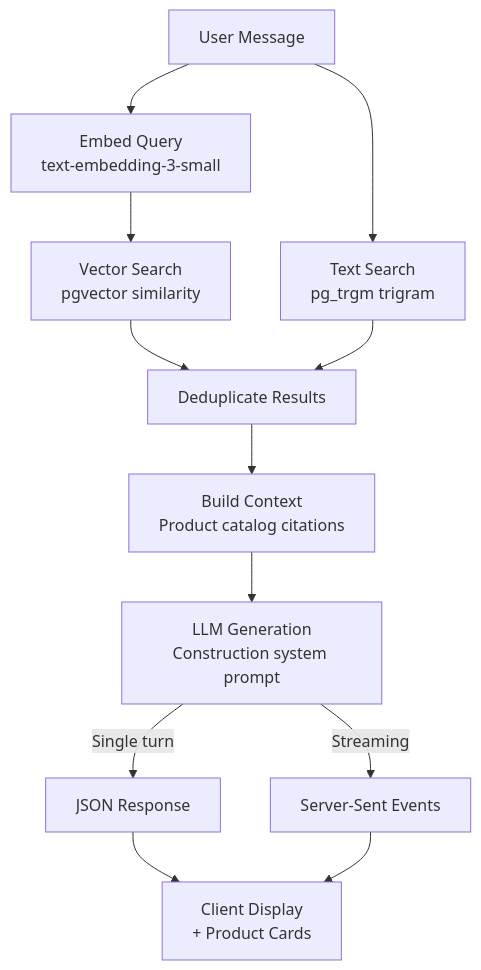
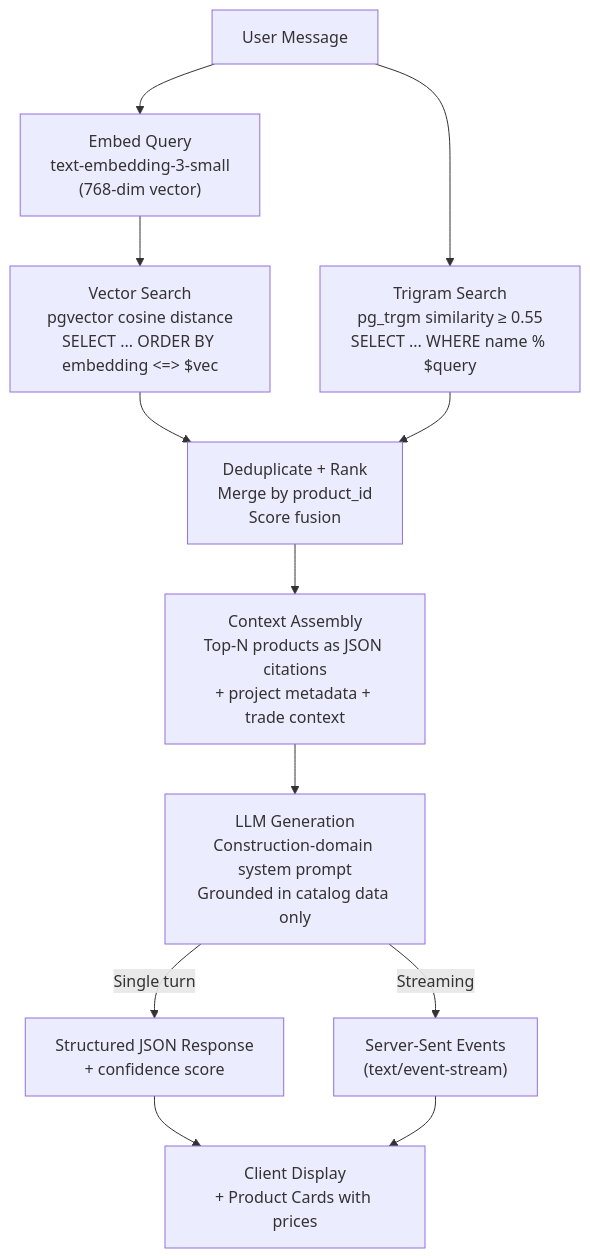
One commit to BlackSamuron0305/Comstruct-Challenge-Think-Codex-Hackathon changed the fourth of 13 diagrams in docs/ai-workflows.md. Above: the diagram before and after it, drawn with Mermaid. The commit also changed other lines of this file, not shown here.

````diff
--- a/docs/ai-workflows.md
+++ b/docs/ai-workflows.md
@@ -149,19 +169,19 @@
 ```mermaid
 flowchart TD
     MSG[User Message]
-    MSG --> EMBED_Q[Embed Query<br/>text-embedding-3-small]
-    EMBED_Q --> VSEARCH[Vector Search<br/>pgvector similarity]
-    MSG --> TSEARCH[Text Search<br/>pg_trgm trigram]
+    MSG --> EMBED_Q["Embed Query<br/>text-embedding-3-small<br/>(768-dim vector)"]
+    EMBED_Q --> VSEARCH["Vector Search<br/>pgvector cosine distance<br/>SELECT ... ORDER BY embedding <=> $vec"]
+    MSG --> TSEARCH["Trigram Search<br/>pg_trgm similarity ≥ 0.55<br/>SELECT ... WHERE name % $query"]
 
-    VSEARCH --> DEDUP[Deduplicate Results]
+    VSEARCH --> DEDUP["Deduplicate + Rank<br/>Merge by product_id<br/>Score fusion"]
     TSEARCH --> DEDUP
 
-    DEDUP --> CONTEXT[Build Context<br/>Product catalog citations]
-    CONTEXT --> LLM[LLM Generation<br/>Construction system prompt]
+    DEDUP --> CONTEXT["Context Assembly<br/>Top-N products as JSON citations<br/>+ project metadata + trade context"]
+    CONTEXT --> LLM["LLM Generation<br/>Construction-domain system prompt<br/>Grounded in catalog data only"]
 
-    LLM -->|Single turn| RESPONSE[JSON Response]
-    LLM -->|Streaming| SSE[Server-Sent Events]
+    LLM -->|Single turn| RESPONSE["Structured JSON Response<br/>+ confidence score"]
+    LLM -->|Streaming| SSE["Server-Sent Events<br/>(text/event-stream)"]
 
-    RESPONSE --> CLIENT[Client Display<br/>+ Product Cards]
+    RESPONSE --> CLIENT["Client Display<br/>+ Product Cards with prices"]
     SSE --> CLIENT
 ```
````
